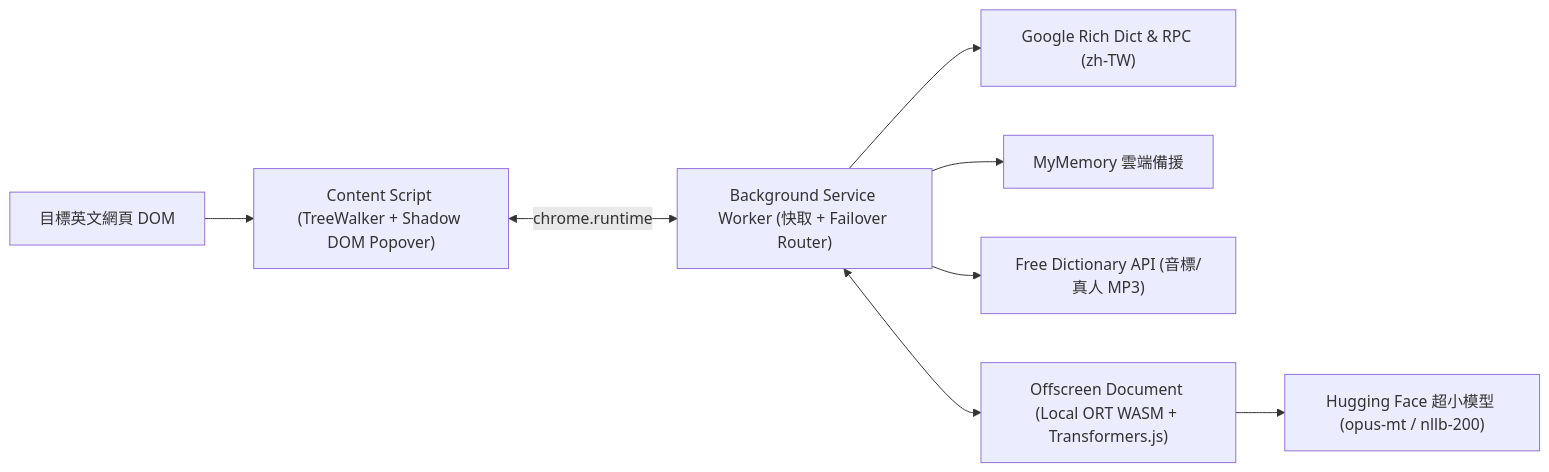
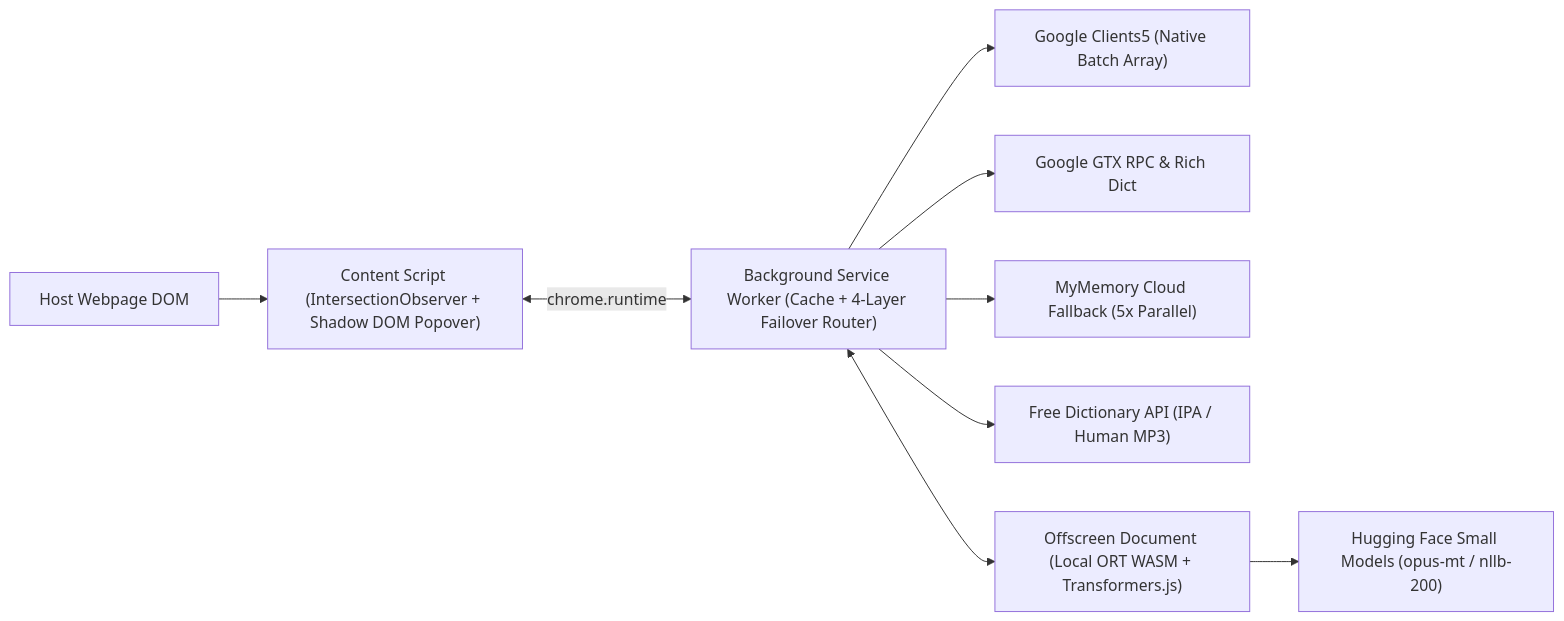
The diagram in README.md (SixMao0122/TransMao), drawn with Mermaid before and after one commit. The commit also changed other lines of this file and 1 other file, not shown here.

````diff
--- a/README.md
+++ b/README.md
@@ -52,10 +56,11 @@
 ```mermaid
 flowchart LR
-    Webpage["目標英文網頁 DOM"] --> Content["Content Script (TreeWalker + Shadow DOM Popover)"]
-    Content <-->|"chrome.runtime"| BG["Background Service Worker (快取 + Failover Router)"]
-    BG --> Google["Google Rich Dict & RPC (zh-TW)"]
-    BG --> MyMemory["MyMemory 雲端備援"]
-    BG --> Dict["Free Dictionary API (音標/真人 MP3)"]
+    Webpage["Host Webpage DOM"] --> Content["Content Script (IntersectionObserver + Shadow DOM Popover)"]
+    Content <-->|"chrome.runtime"| BG["Background Service Worker (Cache + 4-Layer Failover Router)"]
+    BG --> Clients5["Google Clients5 (Native Batch Array)"]
+    BG --> Google["Google GTX RPC & Rich Dict"]
+    BG --> MyMemory["MyMemory Cloud Fallback (5x Parallel)"]
+    BG --> Dict["Free Dictionary API (IPA / Human MP3)"]
     BG <--> Offscreen["Offscreen Document (Local ORT WASM + Transformers.js)"]
-    Offscreen --> HF["Hugging Face 超小模型 (opus-mt / nllb-200)"]
+    Offscreen --> HF["Hugging Face Small Models (opus-mt / nllb-200)"]
 ```
````
